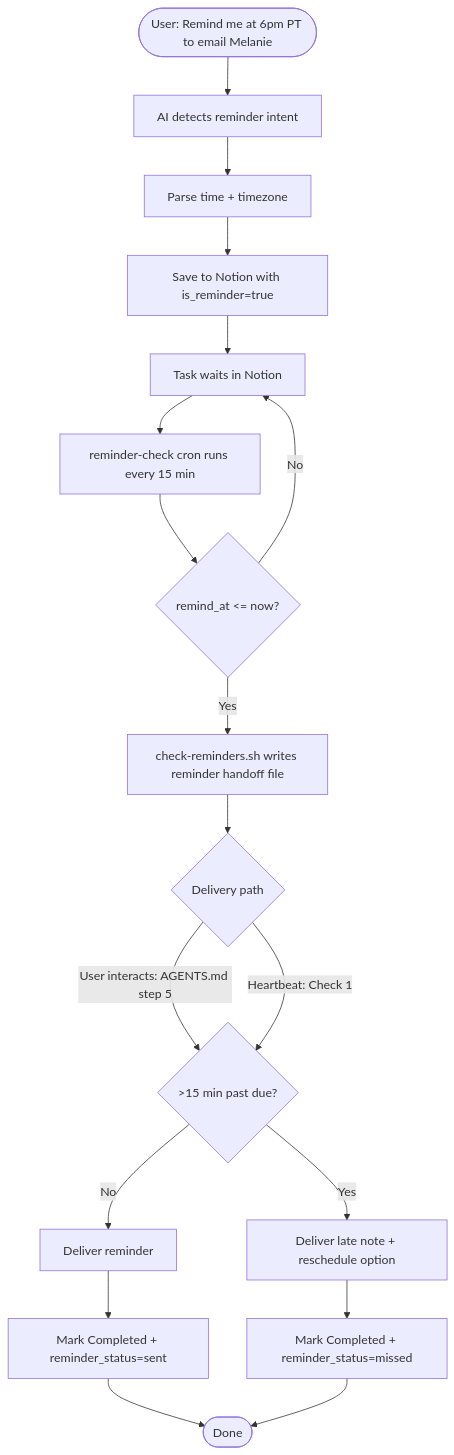
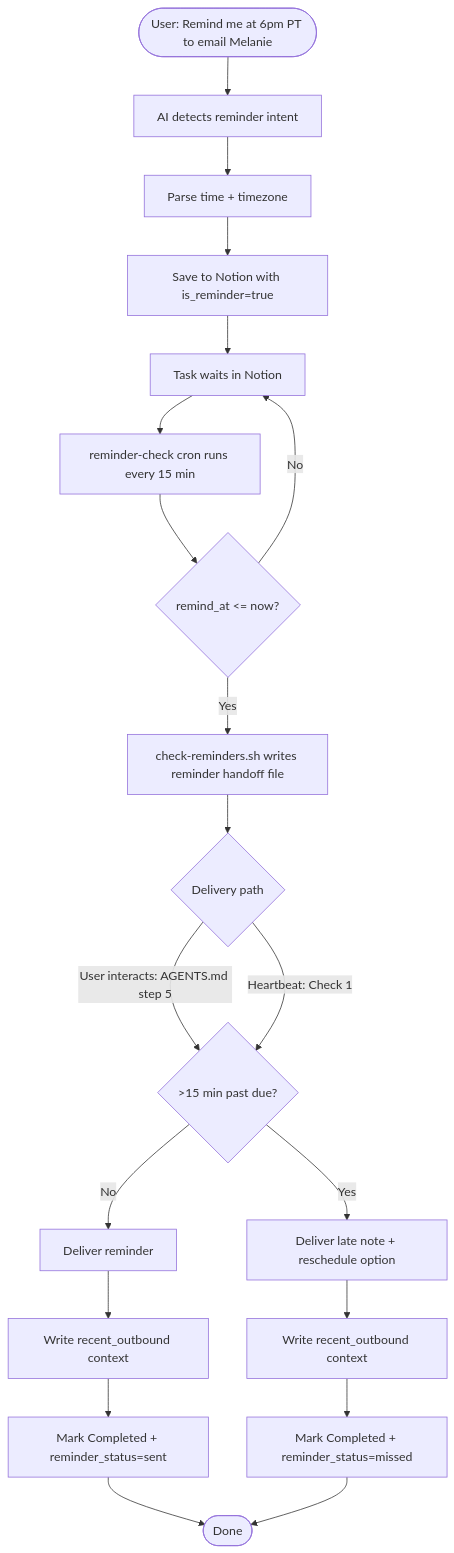
Diagram 28 of 29 in docs/task-lifecycle.md (NickBorgersProbably/hide-my-list), drawn with Mermaid before and after one commit. The commit also changed other lines of this file and 7 other files, not shown here.

Commit message:
Persist recent outbound reminder context across sessions

````diff
--- a/docs/task-lifecycle.md
+++ b/docs/task-lifecycle.md
@@ -920,24 +920,26 @@
 ```mermaid
 flowchart TD
     Intake([User: Remind me at 6pm PT to email Melanie]) --> Detect[AI detects reminder intent]
     Detect --> Parse[Parse time + timezone]
     Parse --> Save[Save to Notion with is_reminder=true]
 
     Save --> Wait[Task waits in Notion]
     Wait --> Cron[reminder-check cron runs every 15 min]
     Cron --> Due{remind_at <= now?}
     Due -->|No| Wait
     Due -->|Yes| Signal[check-reminders.sh writes reminder handoff file]
     Signal --> Delivery{Delivery path}
     Delivery -->|User interacts: AGENTS.md step 5| Late{>15 min past due?}
     Delivery -->|Heartbeat: Check 1| Late
 
     Late -->|No| Send[Deliver reminder]
     Late -->|Yes| SendMissed[Deliver late note + reschedule option]
 
-    Send --> Complete[Mark Completed + reminder_status=sent]
-    SendMissed --> Complete2[Mark Completed + reminder_status=missed]
+    Send --> Context[Write recent_outbound context]
+    SendMissed --> Context2[Write recent_outbound context]
+    Context --> Complete[Mark Completed + reminder_status=sent]
+    Context2 --> Complete2[Mark Completed + reminder_status=missed]
 
     Complete --> Done([Done])
     Complete2 --> Done
 ```
````
